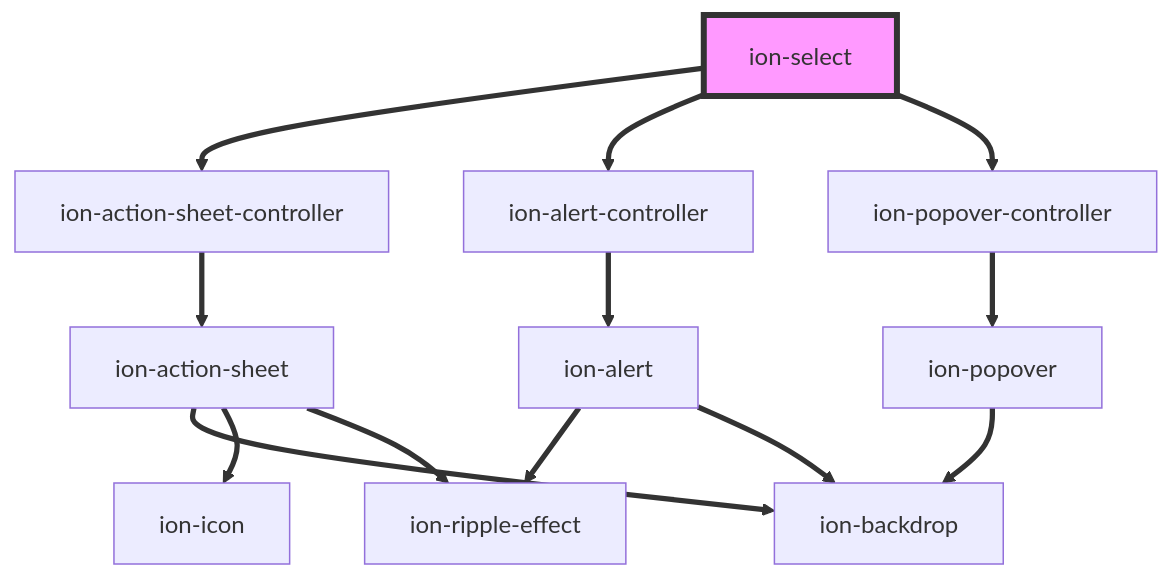
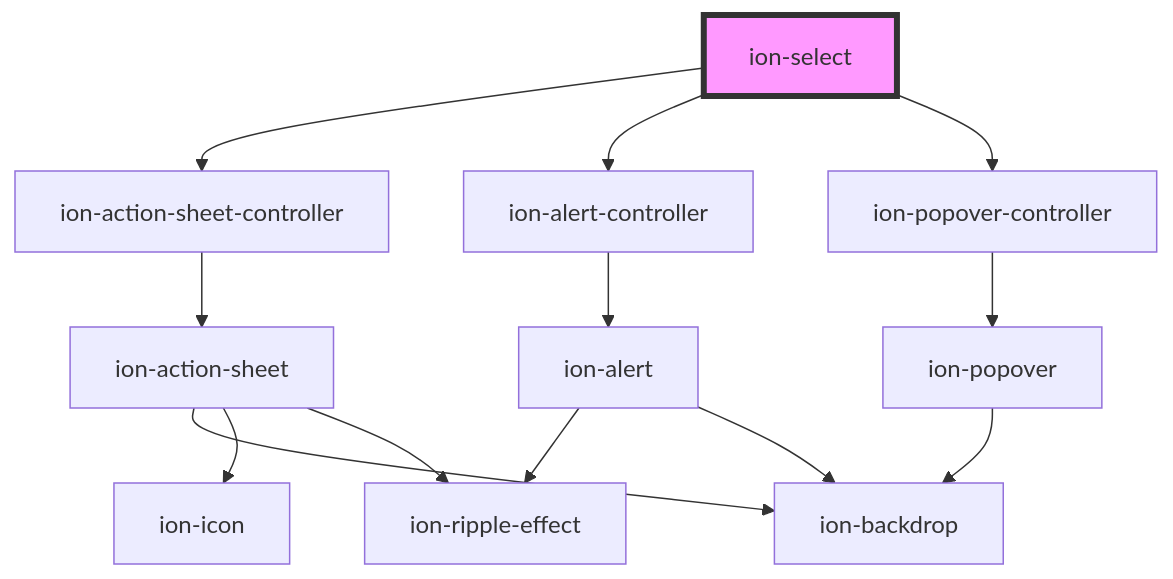
Before and after one commit to ionic-team/ionic-framework: the diagram in core/src/components/select/readme.md, drawn with Mermaid. The commit also changed 39 other files, not shown here.

````diff
--- a/core/src/components/select/readme.md
+++ b/core/src/components/select/readme.md
@@ -794,16 +794,16 @@
 ```mermaid
 graph TD;
-  ion-select ==> ion-action-sheet-controller
-  ion-select ==> ion-alert-controller
-  ion-select ==> ion-popover-controller
-  ion-action-sheet-controller ==> ion-action-sheet
-  ion-action-sheet ==> ion-backdrop
-  ion-action-sheet ==> ion-icon
-  ion-action-sheet ==> ion-ripple-effect
-  ion-alert-controller ==> ion-alert
-  ion-alert ==> ion-ripple-effect
-  ion-alert ==> ion-backdrop
-  ion-popover-controller ==> ion-popover
-  ion-popover ==> ion-backdrop
+  ion-select --> ion-action-sheet-controller
+  ion-select --> ion-alert-controller
+  ion-select --> ion-popover-controller
+  ion-action-sheet-controller --> ion-action-sheet
+  ion-action-sheet --> ion-backdrop
+  ion-action-sheet --> ion-icon
+  ion-action-sheet --> ion-ripple-effect
+  ion-alert-controller --> ion-alert
+  ion-alert --> ion-ripple-effect
+  ion-alert --> ion-backdrop
+  ion-popover-controller --> ion-popover
+  ion-popover --> ion-backdrop
   style ion-select fill:#f9f,stroke:#333,stroke-width:4px
 ```
````
